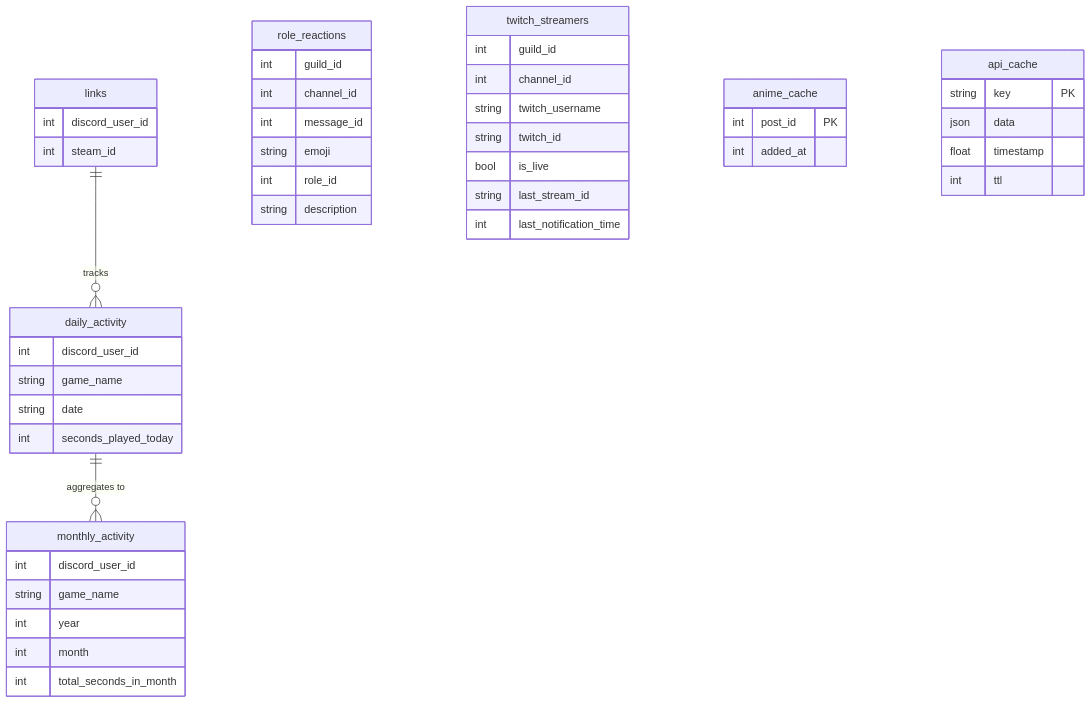
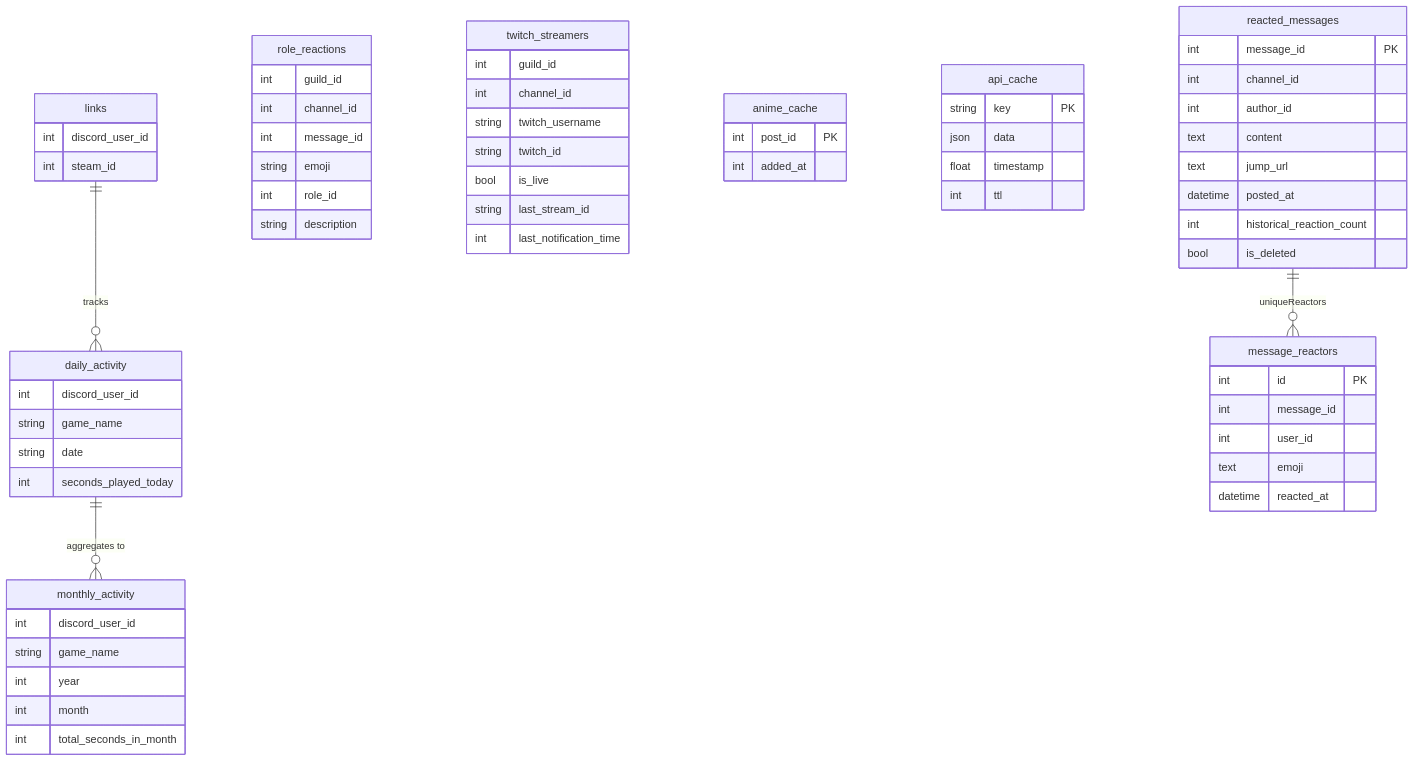
One commit to Twinlab/pd_bot changed the seventh of 10 diagrams in docs/architecture.md. Above: the diagram before and after it, drawn with Mermaid. The commit also changed other lines of this file and 13 other files, not shown here.

````diff
--- a/docs/architecture.md
+++ b/docs/architecture.md
@@ -205,56 +205,76 @@
 ```mermaid
 erDiagram
     links {
         int discord_user_id
         int steam_id
     }
 
     daily_activity {
         int discord_user_id
         string game_name
         string date
         int seconds_played_today
     }
 
     monthly_activity {
         int discord_user_id
         string game_name
         int year
         int month
         int total_seconds_in_month
     }
 
     role_reactions {
         int guild_id
         int channel_id
         int message_id
         string emoji
         int role_id
         string description
     }
 
     twitch_streamers {
         int guild_id
         int channel_id
         string twitch_username
         string twitch_id
         bool is_live
         string last_stream_id
         int last_notification_time
     }
 
     anime_cache {
         int post_id PK
         int added_at
     }
 
     api_cache {
         string key PK
         json data
         float timestamp
         int ttl
     }
 
+    reacted_messages {
+        int message_id PK
+        int channel_id
+        int author_id
+        text content
+        text jump_url
+        datetime posted_at
+        int historical_reaction_count
+        bool is_deleted
+    }
+
+    message_reactors {
+        int id PK
+        int message_id
+        int user_id
+        text emoji
+        datetime reacted_at
+    }
+
     links ||--o{ daily_activity : "tracks"
     daily_activity ||--o{ monthly_activity : "aggregates to"
+    reacted_messages ||--o{ message_reactors : "uniqueReactors"
 ```
````
